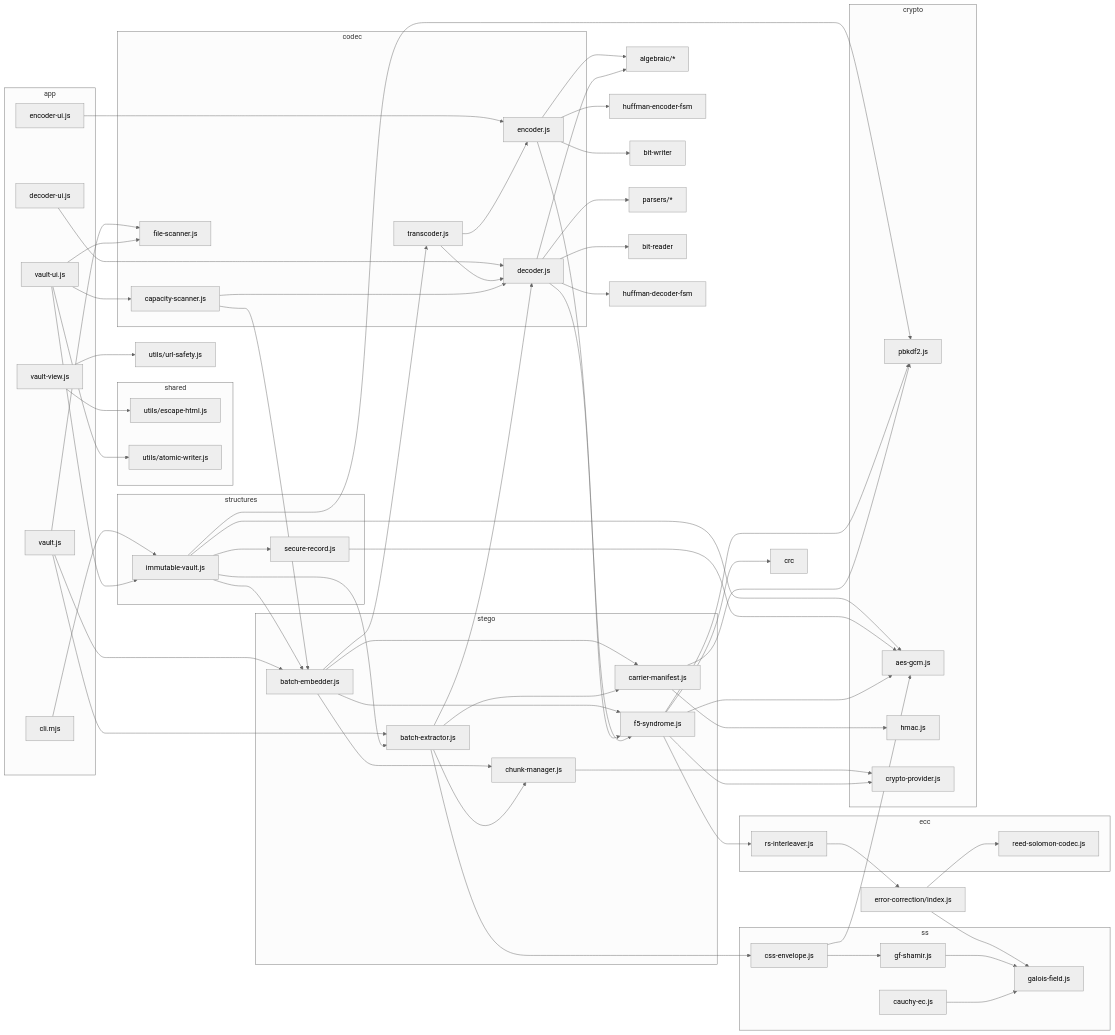
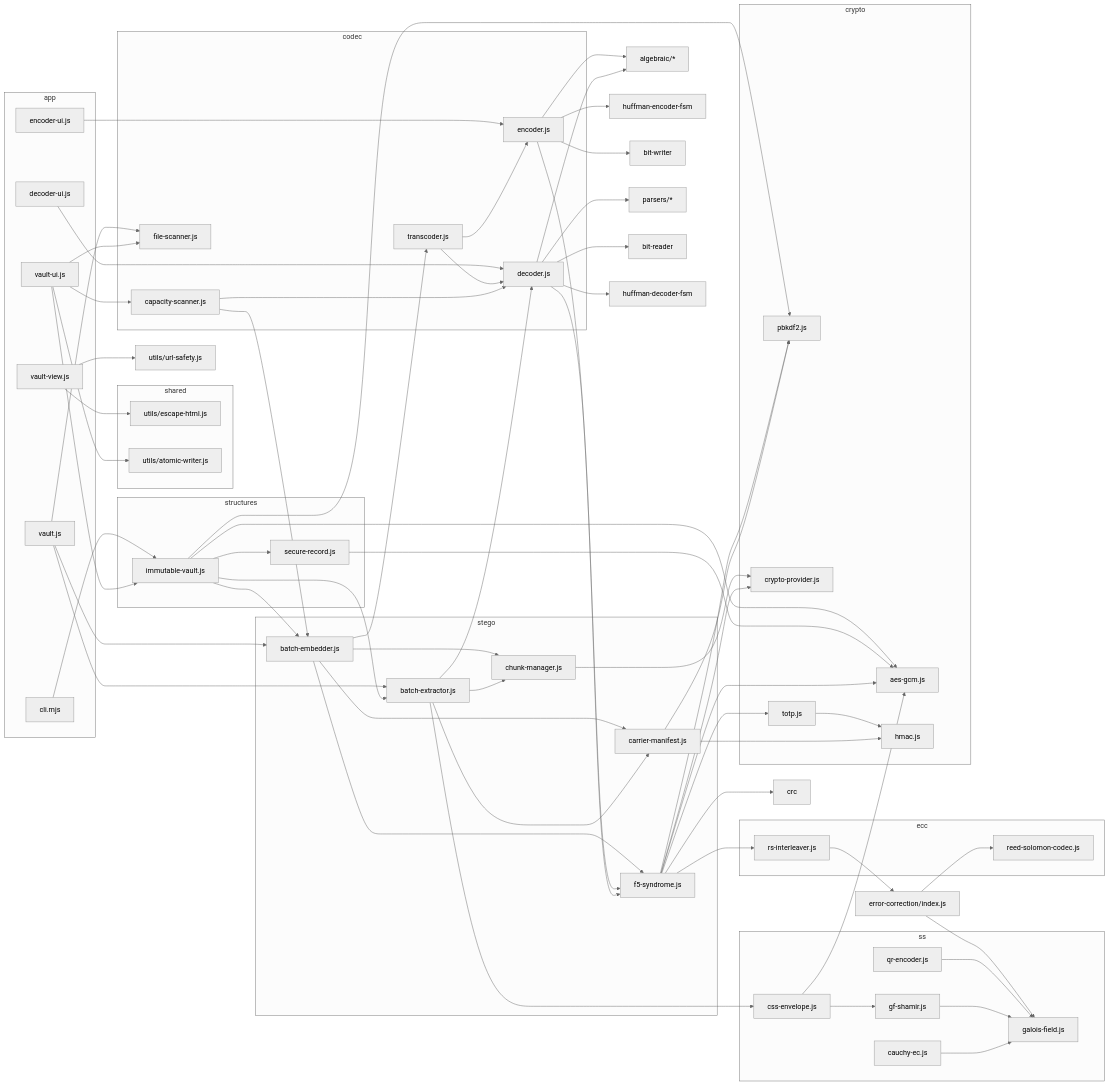
One commit to jessebeard/Ollie changed the second of 6 diagrams in src/specs/WIREFRAME.md. Above: the diagram before and after it, drawn with Mermaid (neutral theme). The commit also changed other lines of this file and 4 other files, not shown here.

```diff
--- a/src/specs/WIREFRAME.md
+++ b/src/specs/WIREFRAME.md
@@ -192,6 +192,7 @@
         env["css-envelope.js"]
         gf["gf256.js"]
         cauchy["cauchy-ec.js"]
+        qr["qr-encoder.js"]
     end
 
     subgraph ecc
@@ -205,6 +206,7 @@
         aes["aes-gcm.js"]
         hmack["hmac.js"]
         cprov["crypto-provider.js"]
+        totpmod["totp.js"]
     end
 
     subgraph codec
@@ -250,6 +252,8 @@
     f5 --> aes
     f5 --> pbkdf
     f5 --> cprov
+    f5 --> totpmod
+    totpmod --> hmack
     f5 --> crc
 
     rsi --> eidx["error-correction/index.js"]
@@ -259,6 +263,7 @@
     cman --> hmack
     cman --> pbkdf
     env --> shamir
+    qr --> gf
     env --> aes
     shamir --> gf
     cauchy --> gf
```
